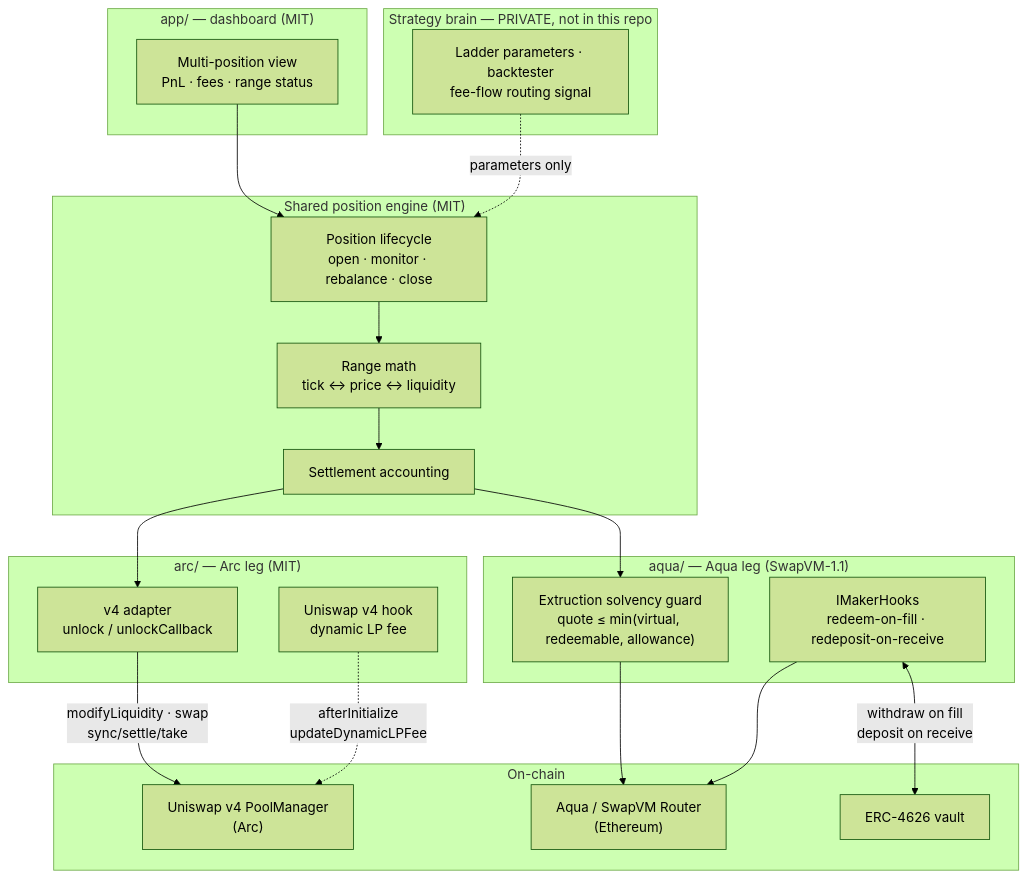
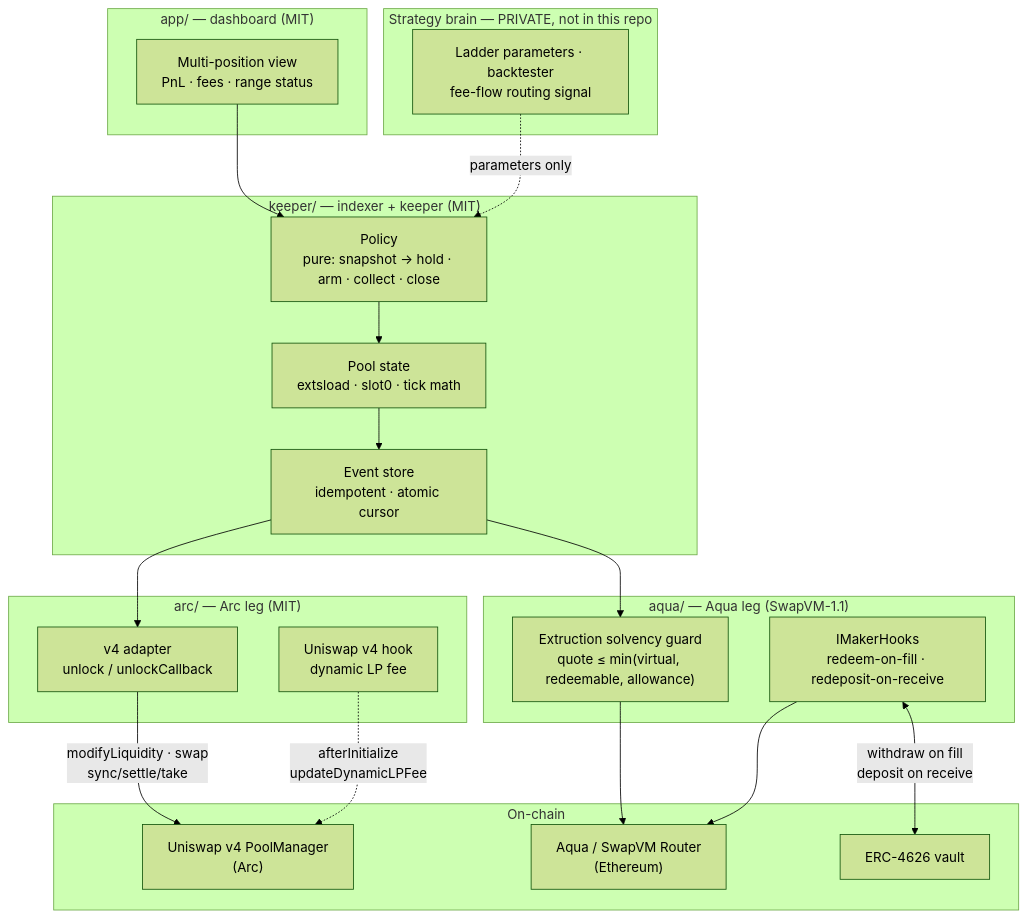
One commit to barkermoney/barker-alm-engine changed the diagram in docs/architecture.md. Above: the diagram before and after it, drawn with Mermaid (forest theme). The commit also changed other lines of this file and 5 other files, not shown here.

````diff
--- a/docs/architecture.md
+++ b/docs/architecture.md
@@ -9,43 +9,43 @@
 ```mermaid
 flowchart TB
     subgraph app["app/ — dashboard (MIT)"]
         UI["Multi-position view<br/>PnL · fees · range status"]
     end
 
-    subgraph engine["Shared position engine (MIT)"]
-        LC["Position lifecycle<br/>open · monitor · rebalance · close"]
-        MATH["Range math<br/>tick ↔ price ↔ liquidity"]
-        ACC["Settlement accounting"]
+    subgraph engine["keeper/ — indexer + keeper (MIT)"]
+        LC["Policy<br/>pure: snapshot → hold · arm · collect · close"]
+        MATH["Pool state<br/>extsload · slot0 · tick math"]
+        ACC["Event store<br/>idempotent · atomic cursor"]
     end
 
     subgraph private["Strategy brain — PRIVATE, not in this repo"]
         BRAIN["Ladder parameters · backtester<br/>fee-flow routing signal"]
     end
 
     subgraph arcleg["arc/ — Arc leg (MIT)"]
         HOOK["Uniswap v4 hook<br/>dynamic LP fee"]
         ADPT["v4 adapter<br/>unlock / unlockCallback"]
     end
 
     subgraph aqualeg["aqua/ — Aqua leg (SwapVM-1.1)"]
         GUARD["Extruction solvency guard<br/>quote ≤ min(virtual, redeemable, allowance)"]
         HOOKS["IMakerHooks<br/>redeem-on-fill · redeposit-on-receive"]
     end
 
     subgraph chain["On-chain"]
         PM["Uniswap v4 PoolManager<br/>(Arc)"]
         SVM["Aqua / SwapVM Router<br/>(Ethereum)"]
         V["ERC-4626 vault"]
     end
 
     UI --> LC
     BRAIN -.->|"parameters only"| LC
     LC --> MATH --> ACC
     ACC --> ADPT
     ACC --> GUARD
     ADPT -->|"modifyLiquidity · swap<br/>sync/settle/take"| PM
     HOOK -.->|"afterInitialize<br/>updateDynamicLPFee"| PM
     GUARD --> SVM
     HOOKS --> SVM
     HOOKS <-->|"withdraw on fill<br/>deposit on receive"| V
 ```
````
